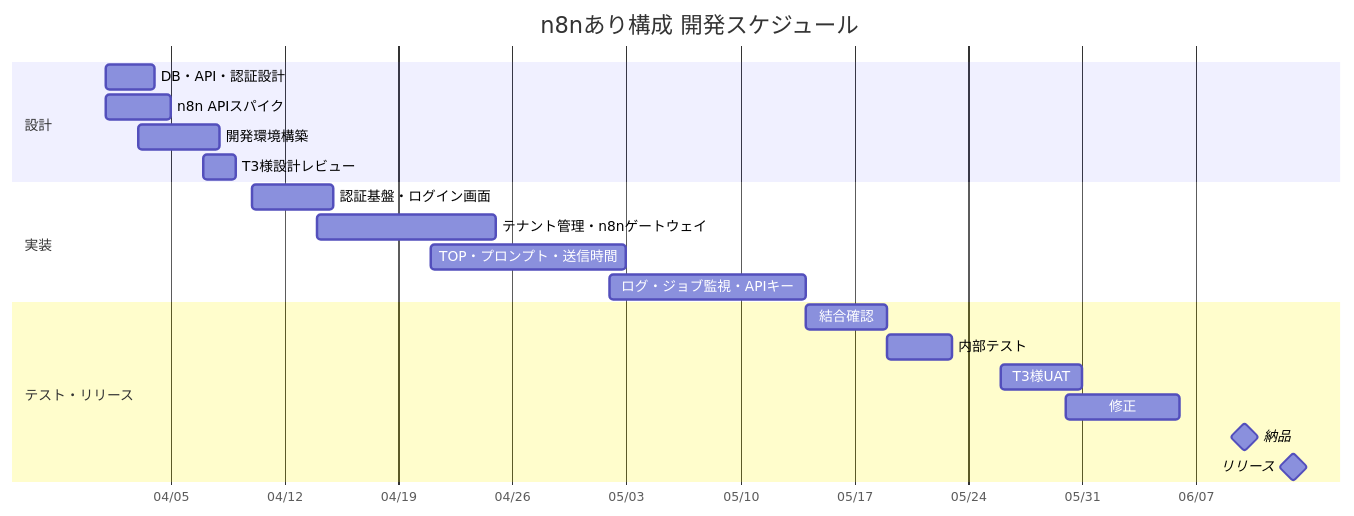
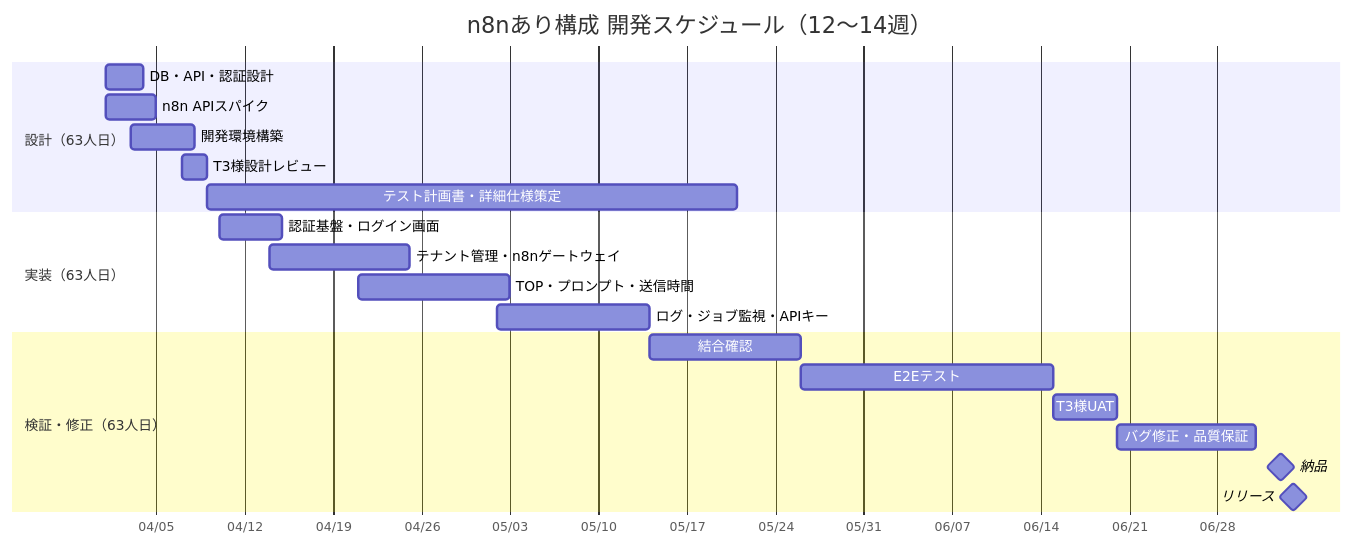
Before and after one commit to sodaitanaka/infrastructure: the eighth of 9 diagrams in overview.md, drawn with Mermaid. The commit also changed other lines of this file, not shown here.

````diff
--- a/overview.md
+++ b/overview.md
@@ -396,26 +413,27 @@
 ```mermaid
 gantt
-    title n8nあり構成 開発スケジュール
+    title n8nあり構成 開発スケジュール（12〜14週）
     dateFormat YYYY-MM-DD
     axisFormat %m/%d
 
-    section 設計
-    DB・API・認証設計          :2026-04-01, 3d
-    n8n APIスパイク             :2026-04-01, 4d
-    開発環境構築                :2026-04-03, 5d
-    T3様設計レビュー            :2026-04-07, 2d
+    section 設計（63人日）
+    DB・API・認証設計            :2026-04-01, 3d
+    n8n APIスパイク              :2026-04-01, 4d
+    開発環境構築                 :2026-04-03, 5d
+    T3様設計レビュー             :2026-04-07, 2d
+    テスト計画書・詳細仕様策定   :2026-04-09, 42d
 
-    section 実装
-    認証基盤・ログイン画面      :2026-04-10, 5d
+    section 実装（63人日）
+    認証基盤・ログイン画面       :2026-04-10, 5d
     テナント管理・n8nゲートウェイ :2026-04-14, 11d
-    TOP・プロンプト・送信時間   :2026-04-21, 12d
-    ログ・ジョブ監視・APIキー   :2026-05-02, 12d
+    TOP・プロンプト・送信時間    :2026-04-21, 12d
+    ログ・ジョブ監視・APIキー    :2026-05-02, 12d
 
-    section テスト・リリース
-    結合確認                    :2026-05-14, 5d
-    内部テスト                  :2026-05-19, 4d
-    T3様UAT                     :2026-05-26, 5d
-    修正                        :2026-05-30, 7d
-    納品                        :milestone, 2026-06-10, 0d
-    リリース                    :milestone, 2026-06-13, 0d
+    section 検証・修正（63人日）
+    結合確認                     :2026-05-14, 12d
+    E2Eテスト                    :2026-05-26, 20d
+    T3様UAT                      :2026-06-15, 5d
+    バグ修正・品質保証           :2026-06-20, 11d
+    納品                         :milestone, 2026-07-03, 0d
+    リリース                     :milestone, 2026-07-04, 0d
 ```
````
